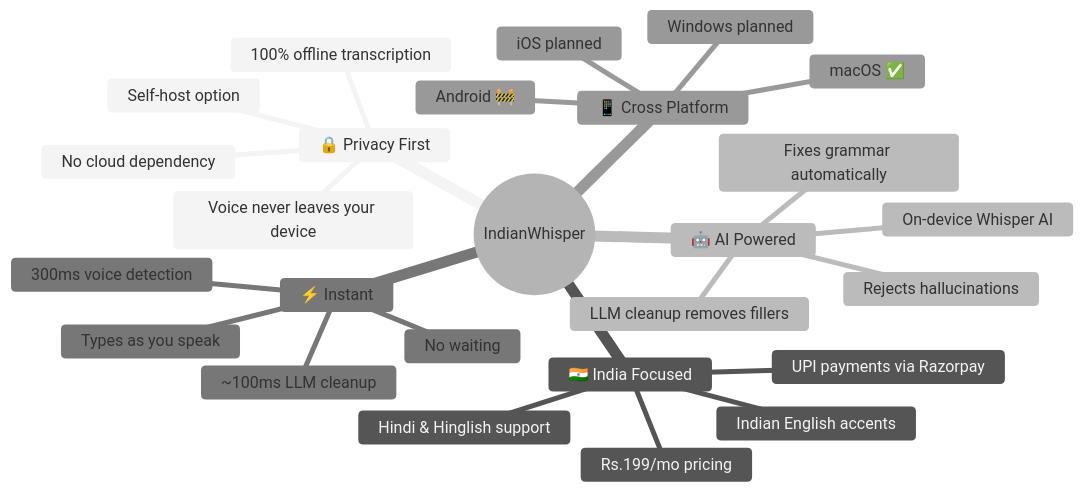
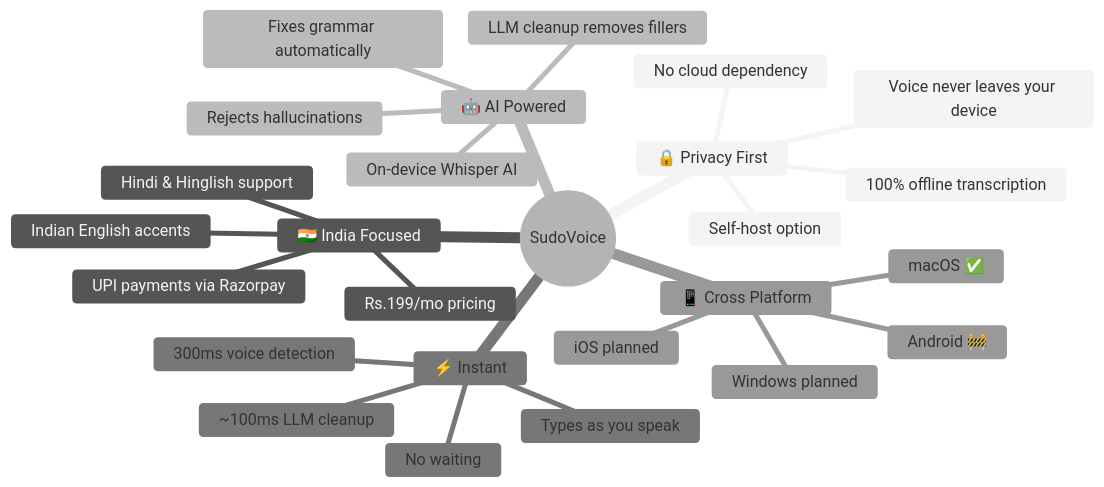
Before and after one commit to Sudo-vishal/sudo-voice: the second of 17 diagrams in README.md, drawn with Mermaid (neutral theme). The commit also changed other lines of this file and 33 other files, not shown here.

First line of the commit message:
Rebrand IndianWhisper to SudoVoice

````diff
--- a/README.md
+++ b/README.md
@@ -57,29 +57,29 @@
 ```mermaid
 mindmap
-  root((IndianWhisper))
+  root((SudoVoice))
     🔒 Privacy First
       100% offline transcription
       Voice never leaves your device
       No cloud dependency
       Self-host option
     🇮🇳 India Focused
       Indian English accents
       Hindi & Hinglish support
       UPI payments via Razorpay
       Rs.199/mo pricing
     🤖 AI Powered
       On-device Whisper AI
       LLM cleanup removes fillers
       Fixes grammar automatically
       Rejects hallucinations
     ⚡ Instant
       ~100ms LLM cleanup
       300ms voice detection
       Types as you speak
       No waiting
     📱 Cross Platform
       macOS ✅
       Android 🚧
       iOS planned
       Windows planned
 ```
````
